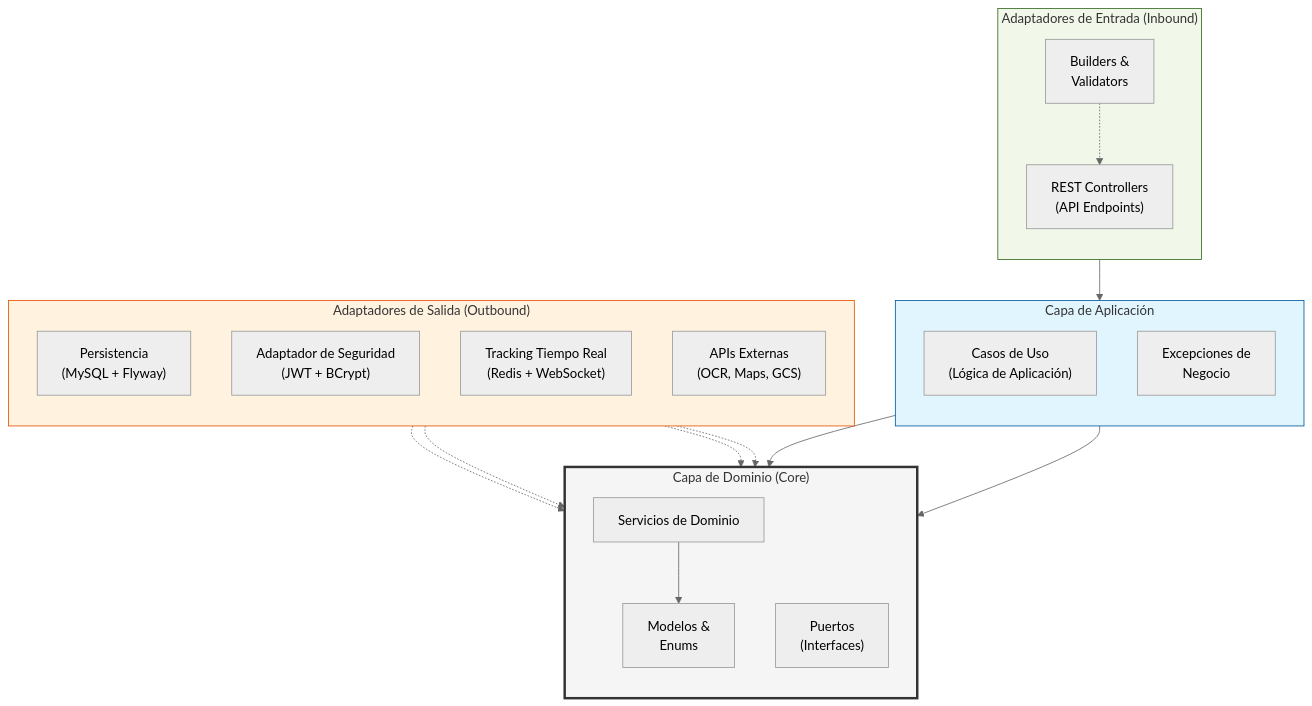
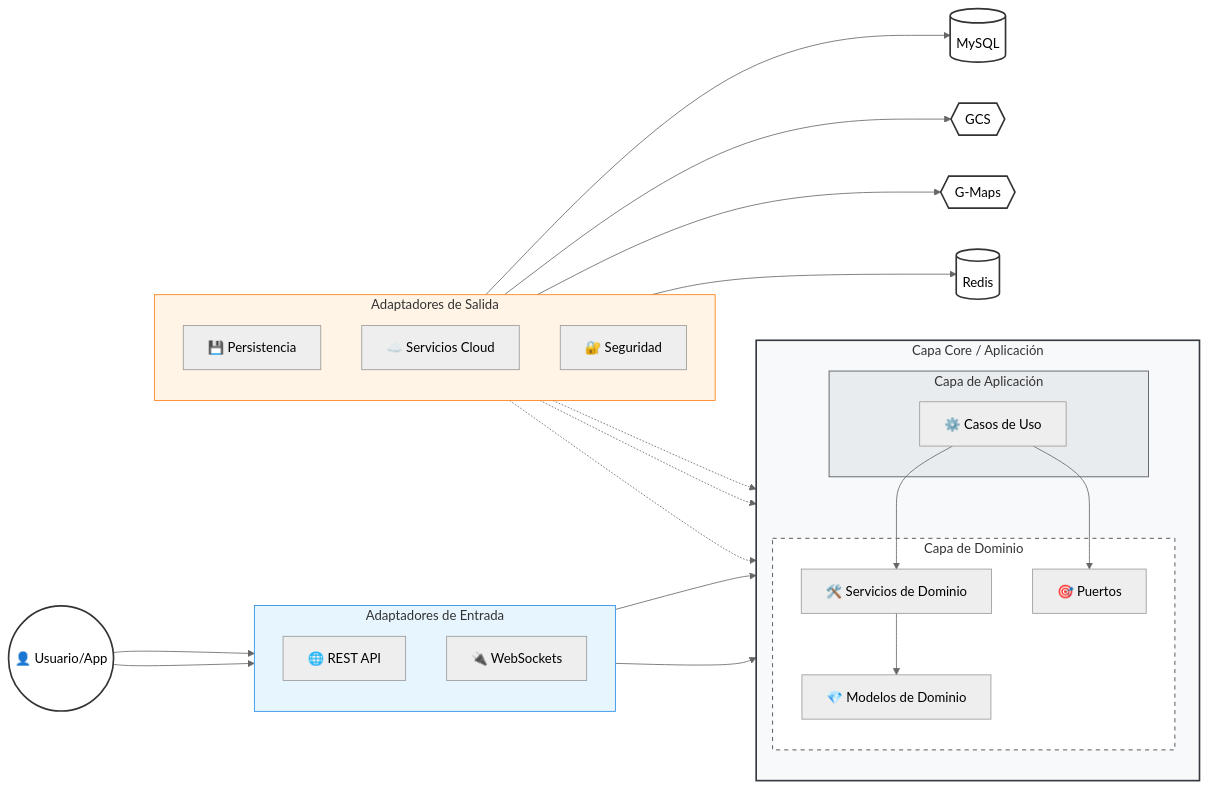
The first of 4 diagrams in README.es.md (fttmatteo/messenger-backend), drawn with Mermaid (neutral theme) before and after one commit. The commit also changed other lines of this file and 3 other files, not shown here.

Commit message:
docs: Refactor Mermaid diagrams in READMEs and add timezone setup to tests for consistency.

````diff
--- a/README.es.md
+++ b/README.es.md
@@ -44,48 +44,63 @@
 ```mermaid
-flowchart TD
-    subgraph IA ["Adaptadores de Entrada (Inbound)"]
+graph LR
+    %% Actores Externos
+    USER((👤 Usuario/App))
+    MAPS{{G-Maps}}
+    GCS{{GCS}}
+    DB[(MySQL)]
+    REDIS[(Redis)]
+
+    subgraph IN [Adaptadores de Entrada]
         direction TB
-        REST["REST Controllers<br/>(API Endpoints)"]
-        BUILD["Builders &<br/>Validators"]
+        REST[🌐 REST API]
+        SOC[🔌 WebSockets]
     end
 
-    subgraph APP ["Capa de Aplicación"]
+    subgraph CORE [Capa Core / Aplicación]
         direction TB
-        UC["Casos de Uso<br/>(Lógica de Aplicación)"]
-        EXC["Excepciones de<br/>Negocio"]
+        subgraph APP [Capa de Aplicación]
+            UC[⚙️ Casos de Uso]
+        end
+        subgraph DOMAIN [Capa de Dominio]
+            SVC[🛠️ Servicios de Dominio]
+            PORTS[🎯 Puertos]
+            MODEL[💎 Modelos de Dominio]
+        end
     end
 
-    subgraph DOMAIN ["Capa de Dominio (Core)"]
+    subgraph OUT [Adaptadores de Salida]
         direction TB
-        SVC["Servicios de Dominio"]
-        PORTS["Puertos<br/>(Interfaces)"]
-        MOD["Modelos &<br/>Enums"]
+        PERS[💾 Persistencia]
+        CLD[☁️ Servicios Cloud]
+        SEC[🔐 Seguridad]
     end
 
-    subgraph OA ["Adaptadores de Salida (Outbound)"]
-        direction TB
-        PERS["Persistencia<br/>(MySQL + Flyway)"]
-        SEC["Adaptador de Seguridad<br/>(JWT + BCrypt)"]
-        TRACK["Tracking Tiempo Real<br/>(Redis + WebSocket)"]
-        EXT["APIs Externas<br/>(OCR, Maps, GCS)"]
-    end
+    %% Flujo de Entrada
+    USER --> REST & SOC
+    REST & SOC --> UC
 
-    %% Relaciones
-    REST --> UC
-    BUILD -.-> REST
+    %% Lógica de Aplicación
     UC --> SVC
     UC --> PORTS
-    SVC --> MOD
-    
-    %% Inversión de Dependencia (Adaptadores implementan Puertos)
+    SVC --> MODEL
+
+    %% Flujo de Salida (Inversión de Dependencia)
     PERS -.-> PORTS
+    CLD -.-> PORTS
     SEC -.-> PORTS
-    TRACK -.-> PORTS
-    EXT -.-> PORTS
+
+    %% Conexiones de Infraestructura
+    PERS --> DB
+    CLD --> GCS & MAPS
+    SEC --> REDIS
 
     %% Estilos
-    style DOMAIN fill:#f5f5f5,stroke:#333,stroke-width:3px
-    style APP fill:#e1f5fe,stroke:#01579b,stroke-width:1px
-    style IA fill:#f1f8e9,stroke:#33691e,stroke-width:1px
-    style OA fill:#fff3e0,stroke:#e65100,stroke-width:1px
+    style CORE fill:#f8f9fa,stroke:#343a40,stroke-width:2px
+    style DOMAIN fill:#ffffff,stroke:#343a40,stroke-dasharray: 5 5
+    style APP fill:#e9ecef,stroke:#495057
+    style IN fill:#e7f5ff,stroke:#228be6
+    style OUT fill:#fff4e6,stroke:#fd7e14
+    
+    classDef actor fill:#fff,stroke:#333,stroke-width:2px
+    class USER,MAPS,GCS,DB,REDIS actor
 ```
````
